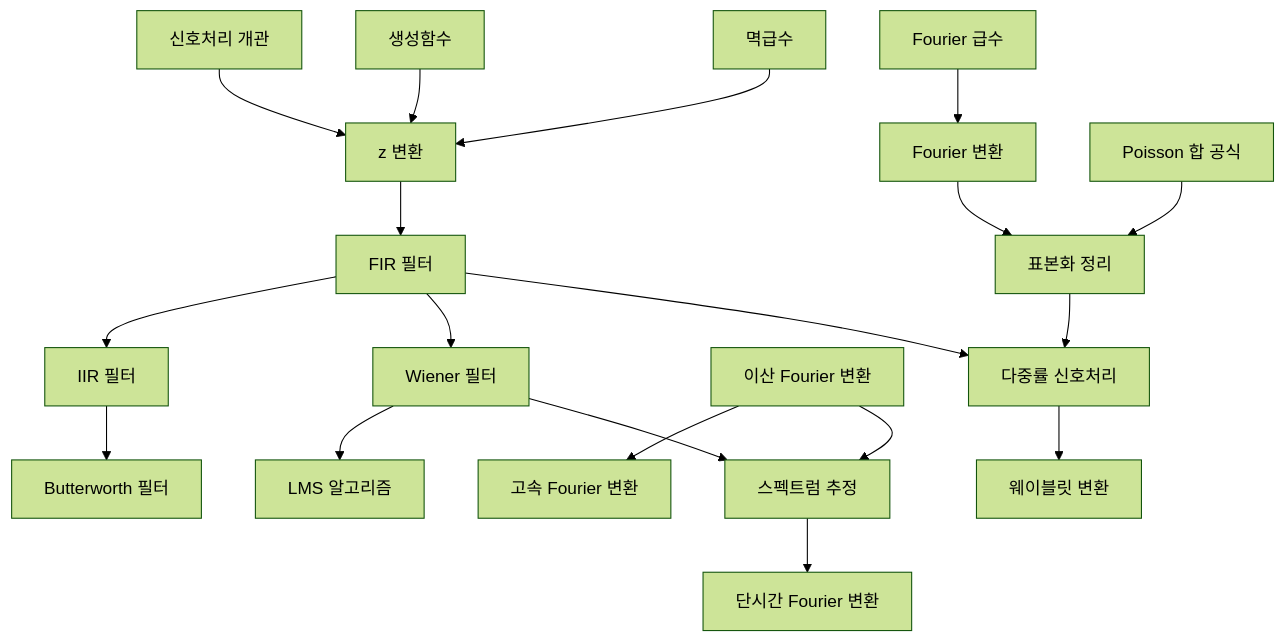
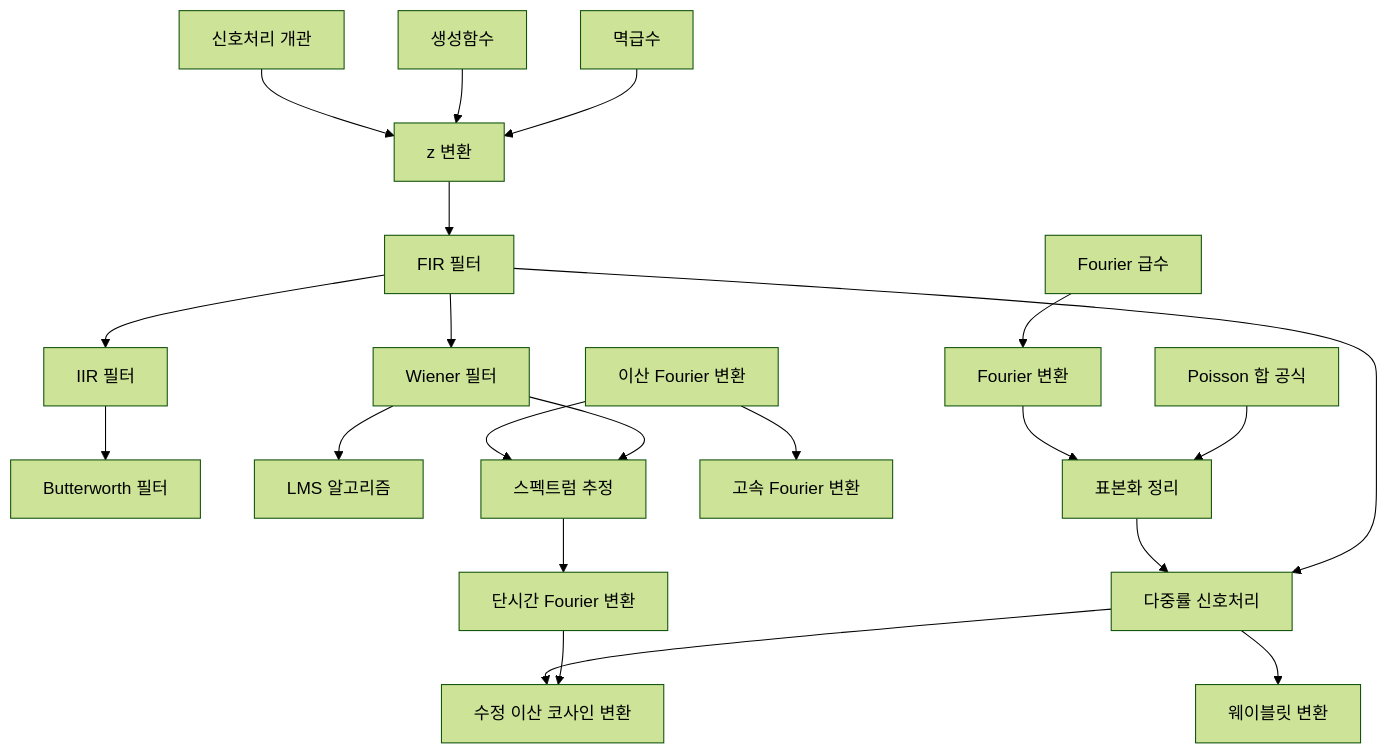
Before and after one commit to Phryxia/math-map: the diagram in docs/signal-processing-overview.md, drawn with Mermaid (forest theme). The commit also changed other lines of this file and 5 other files, not shown here.

````diff
--- a/docs/signal-processing-overview.md
+++ b/docs/signal-processing-overview.md
@@ -13,21 +13,23 @@
 ```mermaid
 graph TD
   SPO["신호처리 개관"] --> ZT["z 변환"]
   GF["생성함수"] --> ZT
   PS["멱급수"] --> ZT
   ZT --> FIR["FIR 필터"]
   FIR --> IIR["IIR 필터"]
   IIR --> BW["Butterworth 필터"]
   FIR --> WF["Wiener 필터"]
   WF --> LMS["LMS 알고리즘"]
   FS["Fourier 급수"] --> FT["Fourier 변환"]
   FT --> ST["표본화 정리"]
   PSF["Poisson 합 공식"] --> ST
   DFT["이산 Fourier 변환"] --> FFT["고속 Fourier 변환"]
   DFT --> SE["스펙트럼 추정"]
   WF --> SE
   SE --> STFT["단시간 Fourier 변환"]
   ST --> MR["다중률 신호처리"]
   FIR --> MR
   MR --> WT["웨이블릿 변환"]
+  MR --> MDCT["수정 이산 코사인 변환"]
+  STFT --> MDCT
 ```
````
